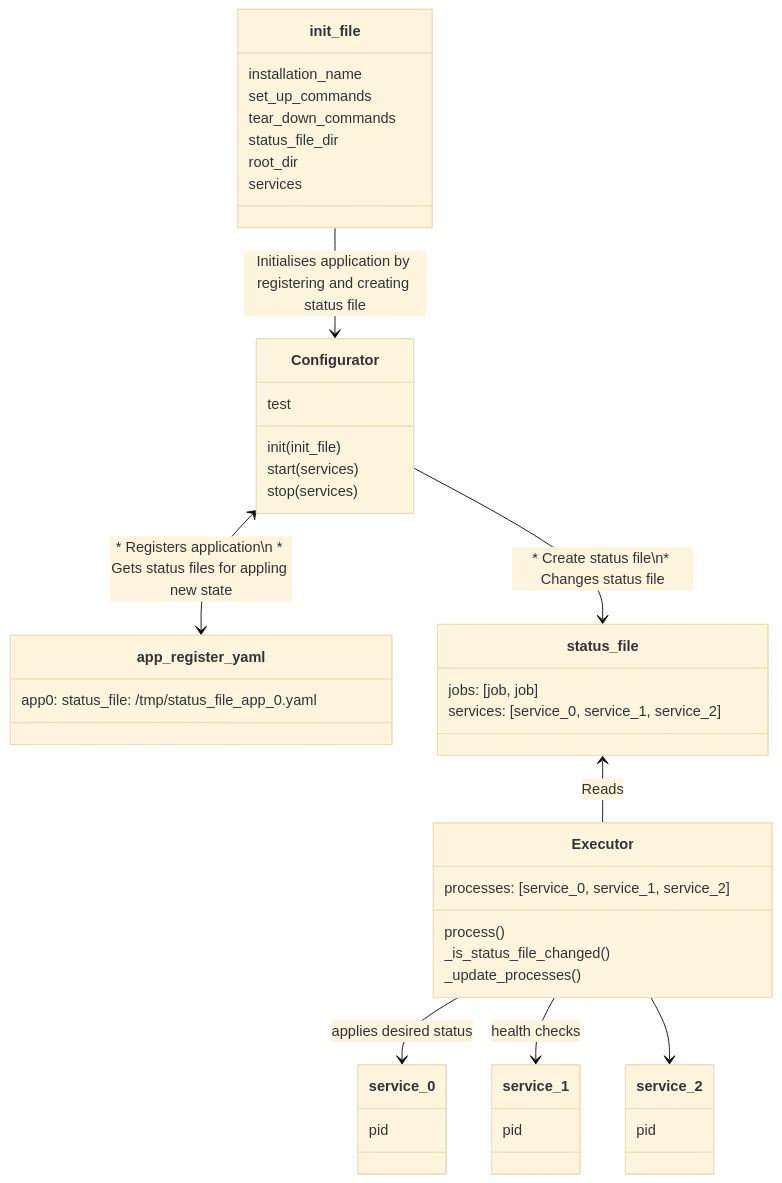
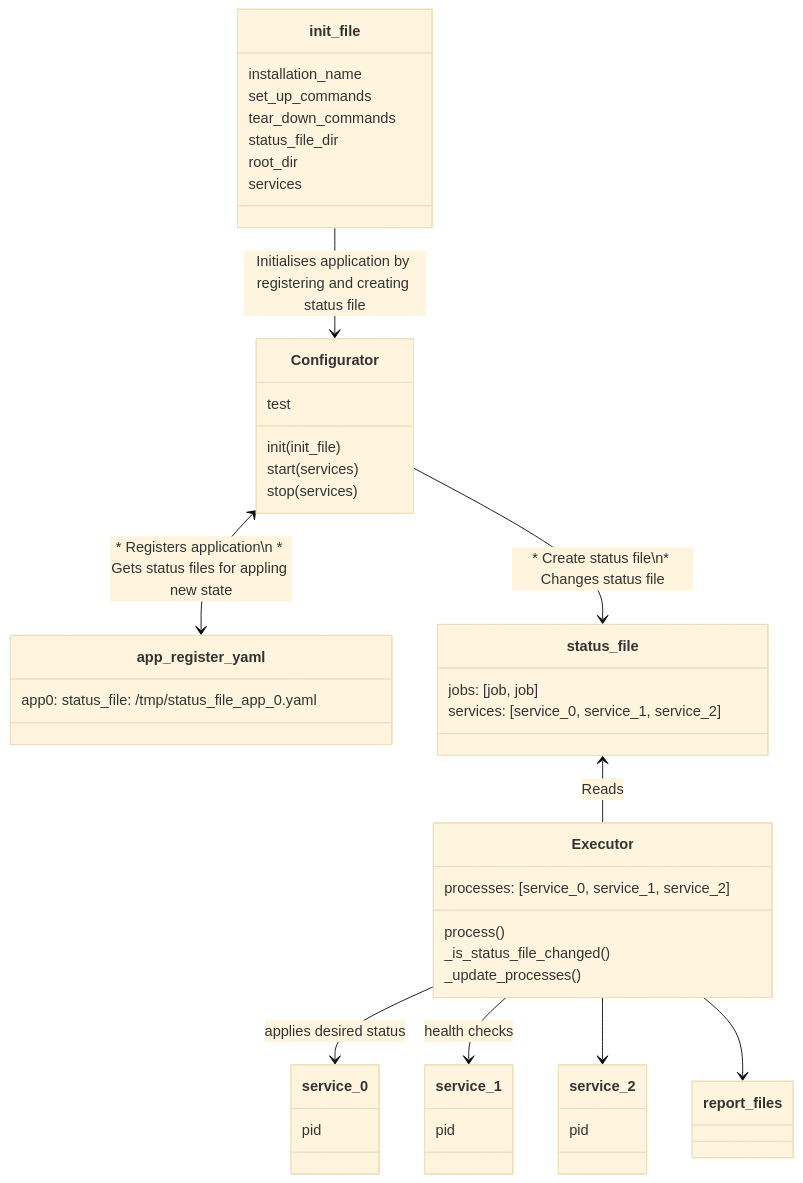
Before and after one commit to zotochev/cubectl: the diagram in app_scheme_simple.md, drawn with Mermaid (base theme). The commit also changed 9 other files, not shown here.

````diff
--- a/app_scheme_simple.md
+++ b/app_scheme_simple.md
@@ -1,63 +1,64 @@
 ```mermaid
 classDiagram
 Configurator<-->app_register_yaml: * Registers application\n * Gets status files for appling new state
 
 status_file<--Executor: Reads
 
 Configurator-->status_file: * Create status file\n* Changes status file
 
 
 Executor-->service_0: applies desired status
 Executor-->service_1: health checks
 Executor-->service_2
+Executor-->report_files
 
 init_file-->Configurator: Initialises application by registering and creating status file
 
 class Configurator{
     init(init_file)
     start(services)
     stop(services)
 }
 
 class Configurator{
     test
 }
 
 class Executor{
     processes: [service_0, service_1, service_2]
 
     process()
     _is_status_file_changed()
     _update_processes()
 }
 
 class status_file{
     jobs: [job, job]
     services: [service_0, service_1, service_2]
 }
 
 class service_0{
     pid
 }
 
 class service_1{
     pid
 }
 
 class service_2{
     pid
 }
 
 class init_file{
     installation_name
     set_up_commands
     tear_down_commands
     status_file_dir
     root_dir
     services
 }
 
 class app_register_yaml{
     app0: status_file: /tmp/status_file_app_0.yaml
 }
 ```
````
